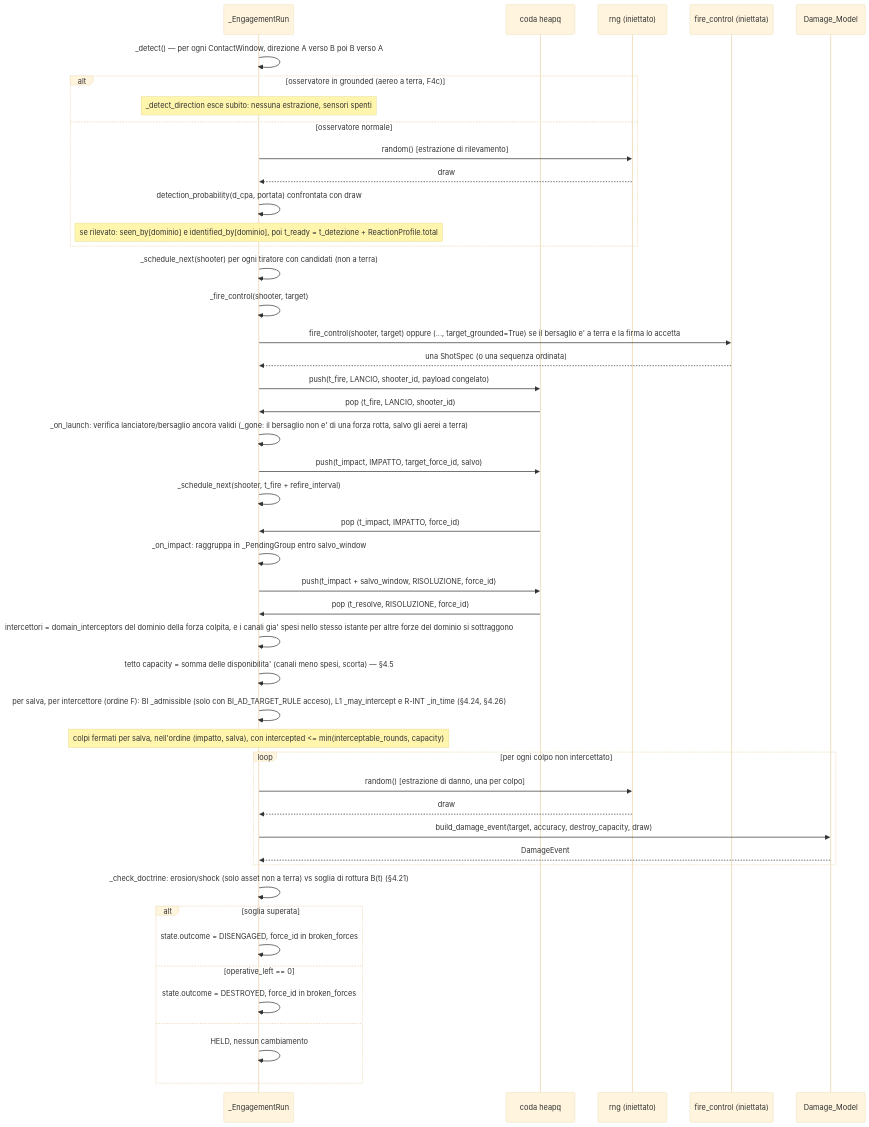
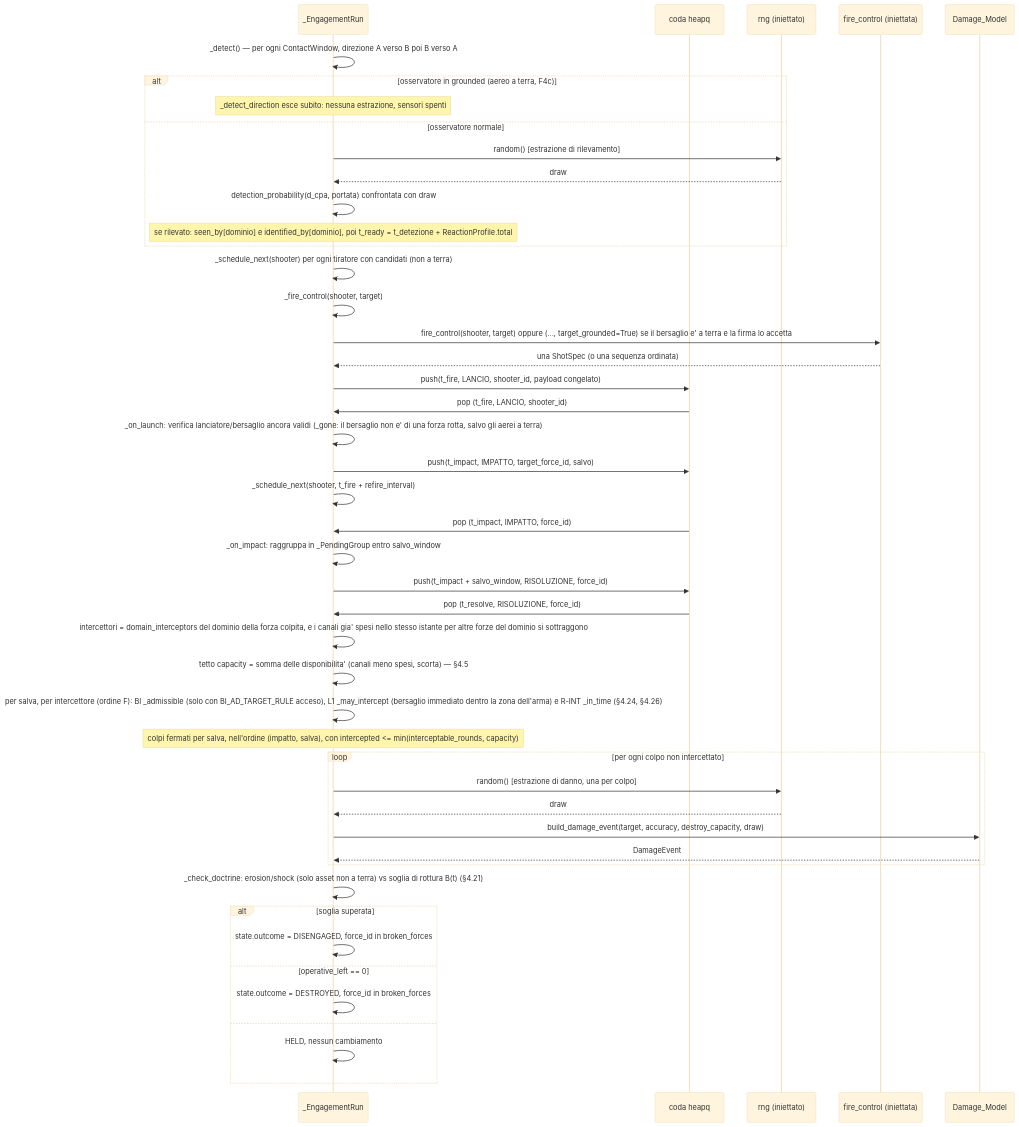
One commit to MakusIV/Warfare-Model changed the third of 27 diagrams in Analysis/Document/Manuale_Motore_DES/05_Strato2_Risolutore_Ingaggio.md. Above: the diagram before and after it, drawn with Mermaid (base theme). The commit also changed other lines of this file and 11 other files, not shown here.

````diff
--- a/Analysis/Document/Manuale_Motore_DES/05_Strato2_Risolutore_Ingaggio.md
+++ b/Analysis/Document/Manuale_Motore_DES/05_Strato2_Risolutore_Ingaggio.md
@@ -803,55 +817,55 @@
 ```mermaid
 sequenceDiagram
     participant Run as _EngagementRun
     participant Q as coda heapq
     participant RNG as rng (iniettato)
     participant FC as fire_control (iniettata)
     participant DM as Damage_Model
 
     Run->>Run: _detect() — per ogni ContactWindow, direzione A verso B poi B verso A
     alt osservatore in grounded (aereo a terra, F4c)
         Note over Run: _detect_direction esce subito: nessuna estrazione, sensori spenti
     else osservatore normale
         Run->>RNG: random() [estrazione di rilevamento]
         RNG-->>Run: draw
         Run->>Run: detection_probability(d_cpa, portata) confrontata con draw
         Note over Run: se rilevato: seen_by[dominio] e identified_by[dominio], poi t_ready = t_detezione + ReactionProfile.total
     end
 
     Run->>Run: _schedule_next(shooter) per ogni tiratore con candidati (non a terra)
     Run->>Run: _fire_control(shooter, target)
     Run->>FC: fire_control(shooter, target) oppure (..., target_grounded=True) se il bersaglio e' a terra e la firma lo accetta
     FC-->>Run: una ShotSpec (o una sequenza ordinata)
     Run->>Q: push(t_fire, LANCIO, shooter_id, payload congelato)
 
     Q->>Run: pop (t_fire, LANCIO, shooter_id)
     Run->>Run: _on_launch: verifica lanciatore/bersaglio ancora validi (_gone: il bersaglio non e' di una forza rotta, salvo gli aerei a terra)
     Run->>Q: push(t_impact, IMPATTO, target_force_id, salvo)
     Run->>Run: _schedule_next(shooter, t_fire + refire_interval)
 
     Q->>Run: pop (t_impact, IMPATTO, force_id)
     Run->>Run: _on_impact: raggruppa in _PendingGroup entro salvo_window
     Run->>Q: push(t_impact + salvo_window, RISOLUZIONE, force_id)
 
     Q->>Run: pop (t_resolve, RISOLUZIONE, force_id)
     Run->>Run: intercettori = domain_interceptors del dominio della forza colpita, e i canali gia' spesi nello stesso istante per altre forze del dominio si sottraggono
     Run->>Run: tetto capacity = somma delle disponibilita' (canali meno spesi, scorta) — §4.5
-    Run->>Run: per salva, per intercettore (ordine F): BI _admissible (solo con BI_AD_TARGET_RULE acceso), L1 _may_intercept e R-INT _in_time (§4.24, §4.26)
+    Run->>Run: per salva, per intercettore (ordine F): BI _admissible (solo con BI_AD_TARGET_RULE acceso), L1 _may_intercept (bersaglio immediato dentro la zona dell'arma) e R-INT _in_time (§4.24, §4.26)
     Note over Run: colpi fermati per salva, nell'ordine (impatto, salva), con intercepted <= min(interceptable_rounds, capacity)
 
     loop per ogni colpo non intercettato
         Run->>RNG: random() [estrazione di danno, una per colpo]
         RNG-->>Run: draw
         Run->>DM: build_damage_event(target, accuracy, destroy_capacity, draw)
         DM-->>Run: DamageEvent
     end
 
     Run->>Run: _check_doctrine: erosion/shock (solo asset non a terra) vs soglia di rottura B(t) (§4.21)
     alt soglia superata
         Run->>Run: state.outcome = DISENGAGED, force_id in broken_forces
     else operative_left == 0
         Run->>Run: state.outcome = DESTROYED, force_id in broken_forces
     else
         Run->>Run: HELD, nessun cambiamento
     end
 ```
````
